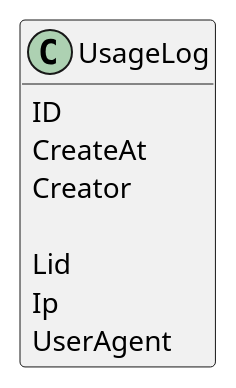
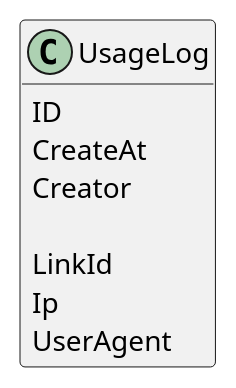
One commit to mykg-ai/rua changed the third of 3 diagrams in design/model.md. Above: the diagram before and after it, drawn with PlantUML. The commit also changed other lines of this file and 26 other files, not shown here.

````diff
--- a/design/model.md
+++ b/design/model.md
@@ -162,16 +197,16 @@
 ```plantuml
 @startuml
 
 class UsageLog {
   ID
 	CreateAt
 	Creator
 
-  Lid
+  LinkId
   Ip
   UserAgent
 }
 
 hide methods
 @enduml
 ```
````
